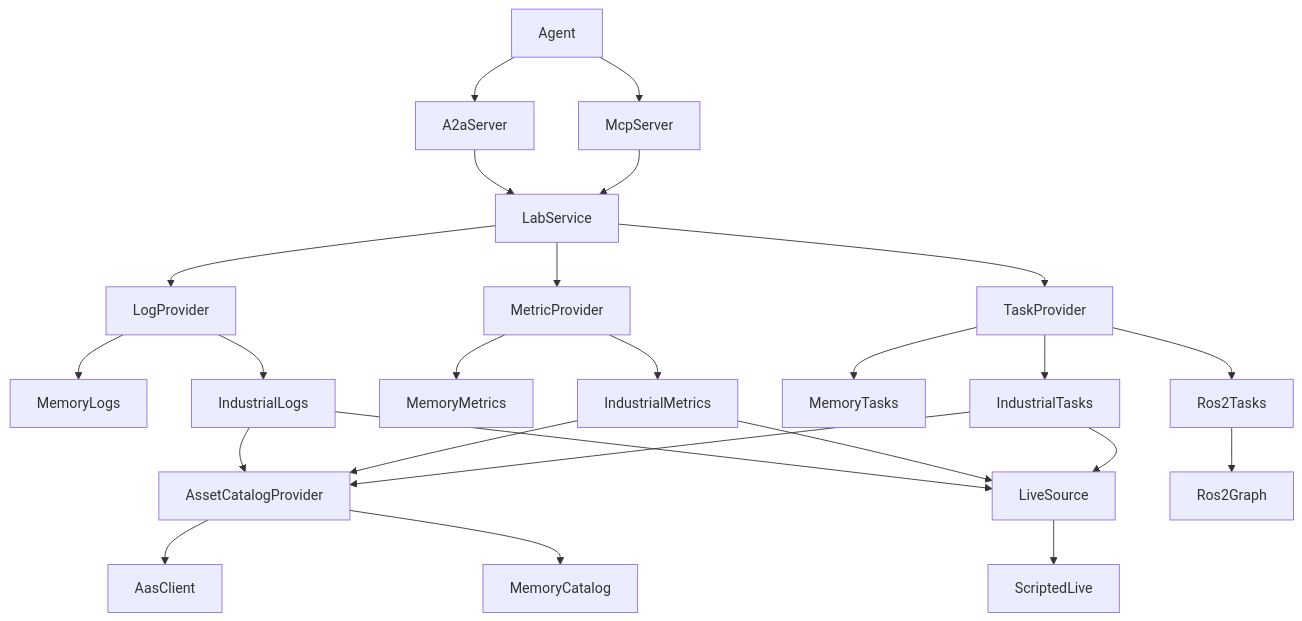
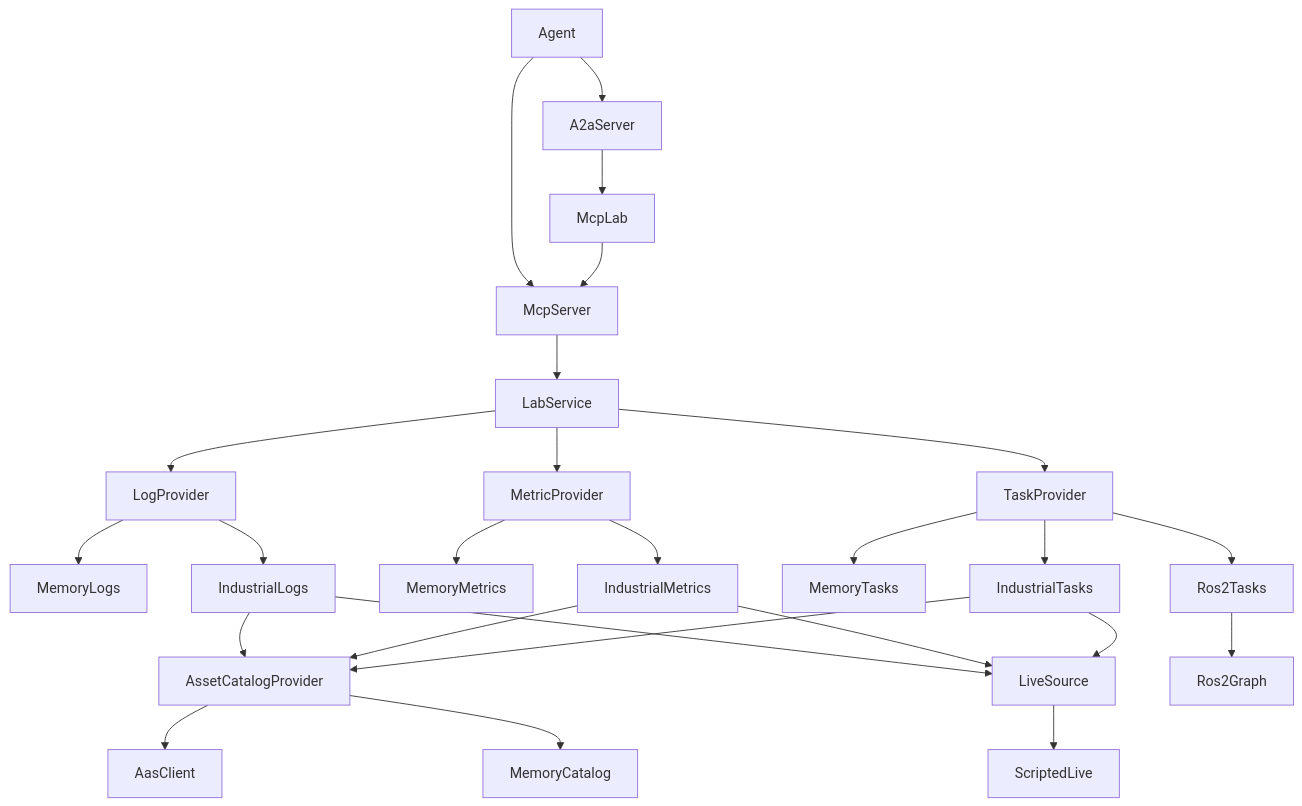
The diagram in backlog/docs/overview/doc-10 - Lab-SDK-overview.md (A3Analytics/a2a-lab-dev-kit-rs), drawn with Mermaid before and after one commit. The commit also changed other lines of this file and 29 other files, not shown here.

````diff
--- a/backlog/docs/overview/doc-10 - Lab-SDK-overview.md
+++ b/backlog/docs/overview/doc-10 - Lab-SDK-overview.md
@@ -17,27 +17,28 @@
 ```mermaid
 flowchart TD
   agent["Agent"] --> a2a["A2aServer"]
   agent --> mcp["McpServer"]
-  a2a --> lab["LabService"]
-  mcp --> lab
+  a2a --> mcpLab["McpLab"]
+  mcpLab --> mcp
+  mcp --> lab["LabService"]
   lab --> logs["LogProvider"]
   lab --> metrics["MetricProvider"]
   lab --> tasks["TaskProvider"]
   logs --> memLogs["MemoryLogs"]
   logs --> indLogs["IndustrialLogs"]
   metrics --> memMetrics["MemoryMetrics"]
   metrics --> indMetrics["IndustrialMetrics"]
   tasks --> memWf["MemoryTasks"]
   tasks --> indWf["IndustrialTasks"]
   tasks --> ros["Ros2Tasks"]
   indLogs --> catalog["AssetCatalogProvider"]
   indMetrics --> catalog
   indWf --> catalog
   indLogs --> live["LiveSource"]
   indMetrics --> live
   indWf --> live
   catalog --> aasClient["AasClient"]
   catalog --> memCat["MemoryCatalog"]
   live --> scripted["ScriptedLive"]
   ros --> rosGraph["Ros2Graph"]
 ```
````
